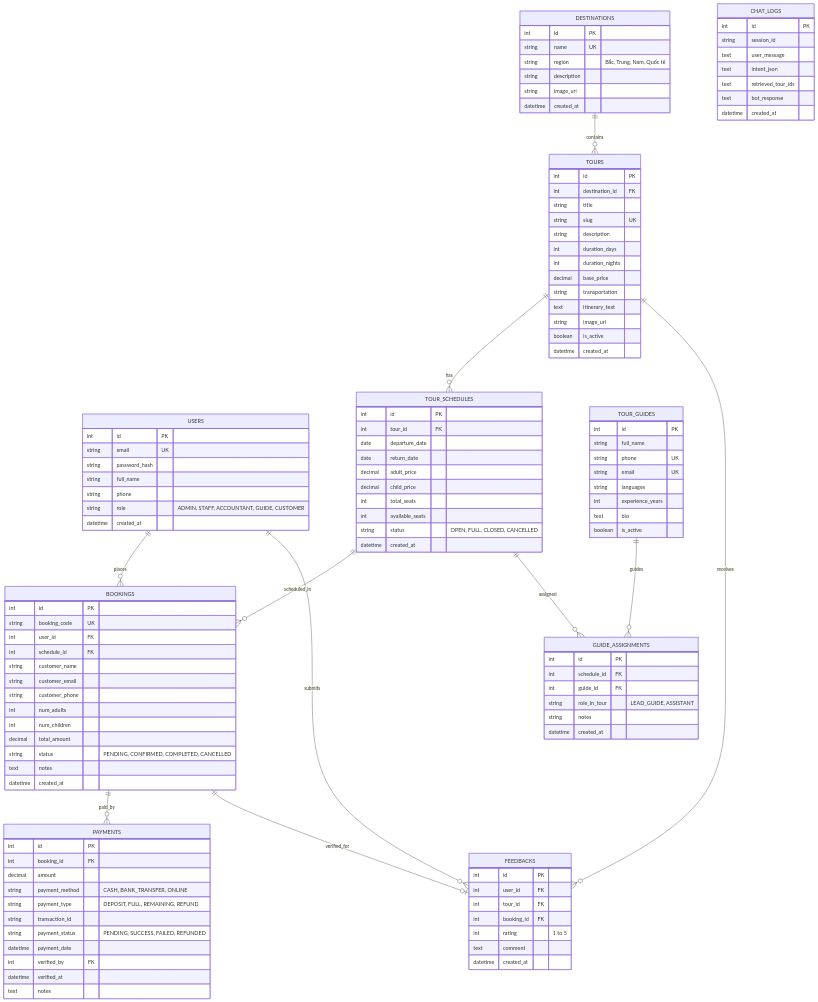
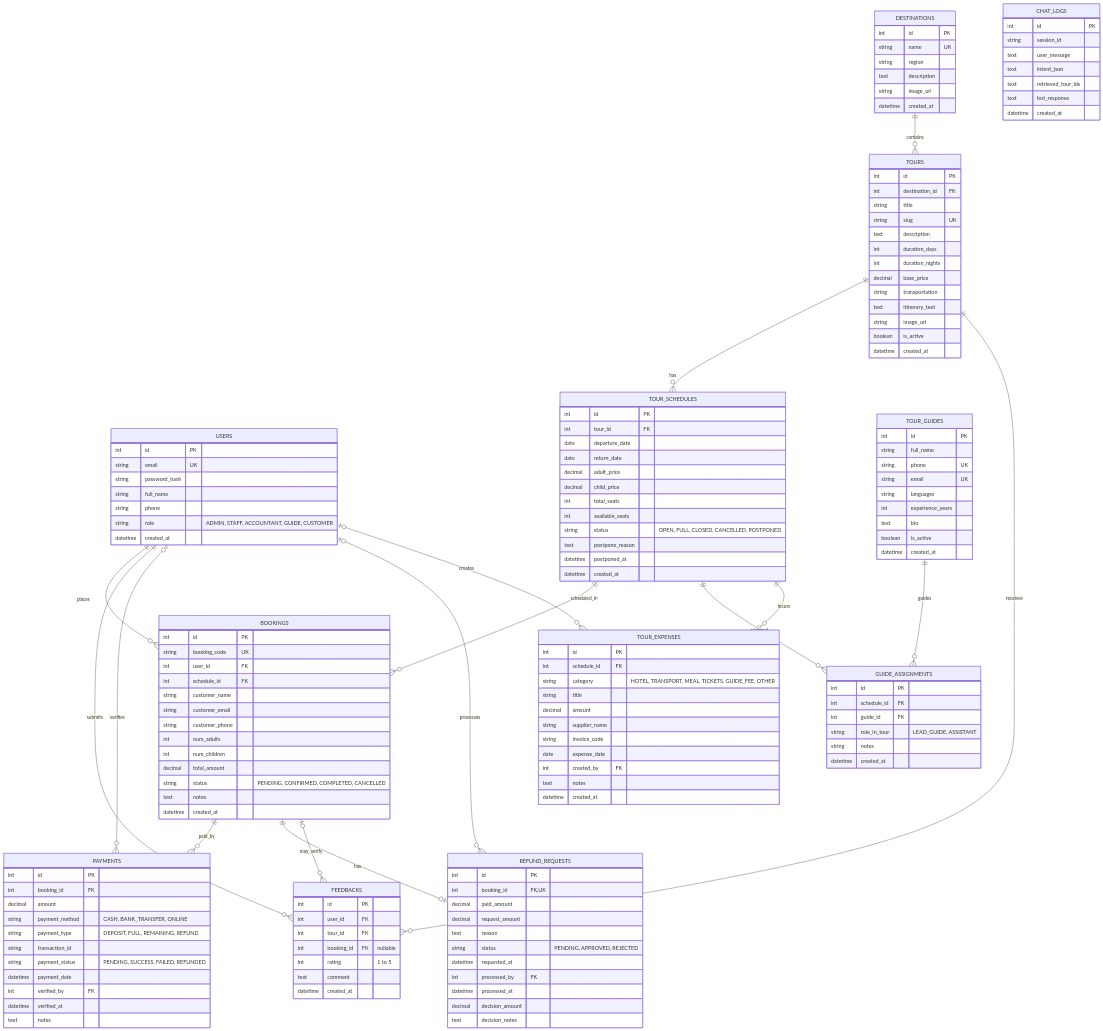
Before and after one commit to dtc245220010ictu/Tour_AI: the seventh of 7 diagrams in docs/uml-diagrams.md, drawn with Mermaid. The commit also changed other lines of this file and 27 other files, not shown here.

````diff
--- a/docs/uml-diagrams.md
+++ b/docs/uml-diagrams.md
@@ -388,14 +551,19 @@
 erDiagram
     USERS ||--o{ BOOKINGS : "places"
     USERS ||--o{ FEEDBACKS : "submits"
+    USERS o|--o{ PAYMENTS : "verifies"
+    USERS o|--o{ REFUND_REQUESTS : "processes"
+    USERS o|--o{ TOUR_EXPENSES : "creates"
     DESTINATIONS ||--o{ TOURS : "contains"
     TOURS ||--o{ TOUR_SCHEDULES : "has"
     TOURS ||--o{ FEEDBACKS : "receives"
     TOUR_SCHEDULES ||--o{ BOOKINGS : "scheduled_in"
     TOUR_SCHEDULES ||--o{ GUIDE_ASSIGNMENTS : "assigned"
+    TOUR_SCHEDULES ||--o{ TOUR_EXPENSES : "incurs"
     TOUR_GUIDES ||--o{ GUIDE_ASSIGNMENTS : "guides"
     BOOKINGS ||--o{ PAYMENTS : "paid_by"
-    BOOKINGS ||--o| FEEDBACKS : "verified_for"
+    BOOKINGS ||--o| REFUND_REQUESTS : "has"
+    BOOKINGS o|--o{ FEEDBACKS : "may_verify"
 
     USERS {
         int id PK
@@ -410,8 +578,8 @@
     DESTINATIONS {
         int id PK
         string name UK
-        string region "Bắc, Trung, Nam, Quốc tế"
-        string description
+        string region
+        text description
         string image_url
         datetime created_at
     }
@@ -421,7 +589,7 @@
         int destination_id FK
         string title
         string slug UK
-        string description
+        text description
         int duration_days
         int duration_nights
         decimal base_price
@@ -441,7 +609,9 @@
         decimal child_price
         int total_seats
         int available_seats
-        string status "OPEN, FULL, CLOSED, CANCELLED"
+        string status "OPEN, FULL, CLOSED, CANCELLED, POSTPONED"
+        text postpone_reason
+        datetime postponed_at
         datetime created_at
     }
 
@@ -475,6 +645,20 @@
         text notes
     }
 
+    REFUND_REQUESTS {
+        int id PK
+        int booking_id FK, UK
+        decimal paid_amount
+        decimal request_amount
+        text reason
+        string status "PENDING, APPROVED, REJECTED"
+        datetime requested_at
+        int processed_by FK
+        datetime processed_at
+        decimal decision_amount
+        text decision_notes
+    }
+
     TOUR_GUIDES {
         int id PK
         string full_name
@@ -484,6 +668,7 @@
         int experience_years
         text bio
         boolean is_active
+        datetime created_at
     }
 
     GUIDE_ASSIGNMENTS {
@@ -499,7 +684,7 @@
         int id PK
         int user_id FK
         int tour_id FK
-        int booking_id FK
+        int booking_id FK "nullable"
         int rating "1 to 5"
         text comment
         datetime created_at
@@ -514,4 +699,18 @@
         text bot_response
         datetime created_at
     }
+
+    TOUR_EXPENSES {
+        int id PK
+        int schedule_id FK
+        string category "HOTEL, TRANSPORT, MEAL, TICKETS, GUIDE_FEE, OTHER"
+        string title
+        decimal amount
+        string supplier_name
+        string invoice_code
+        date expense_date
+        int created_by FK
+        text notes
+        datetime created_at
+    }
 ```
````
